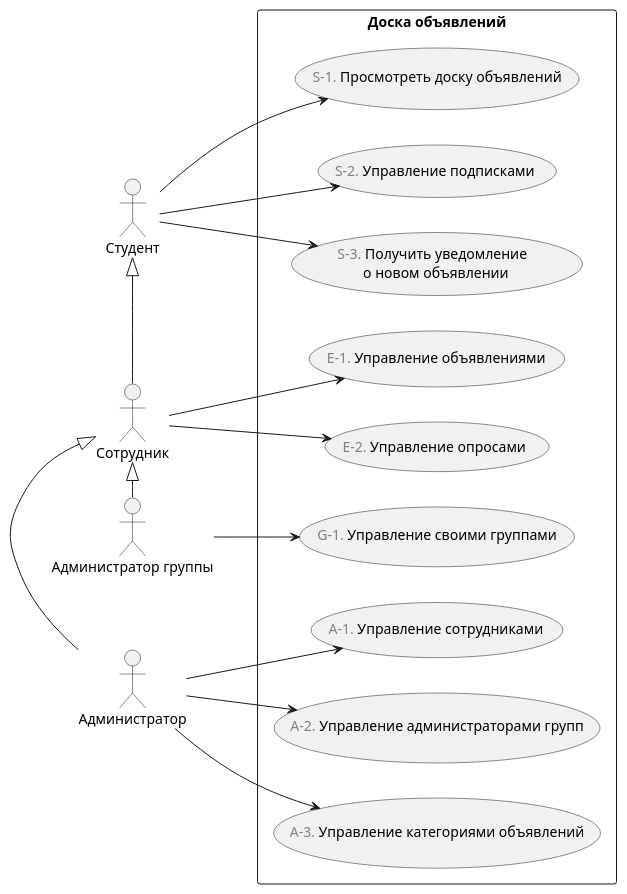
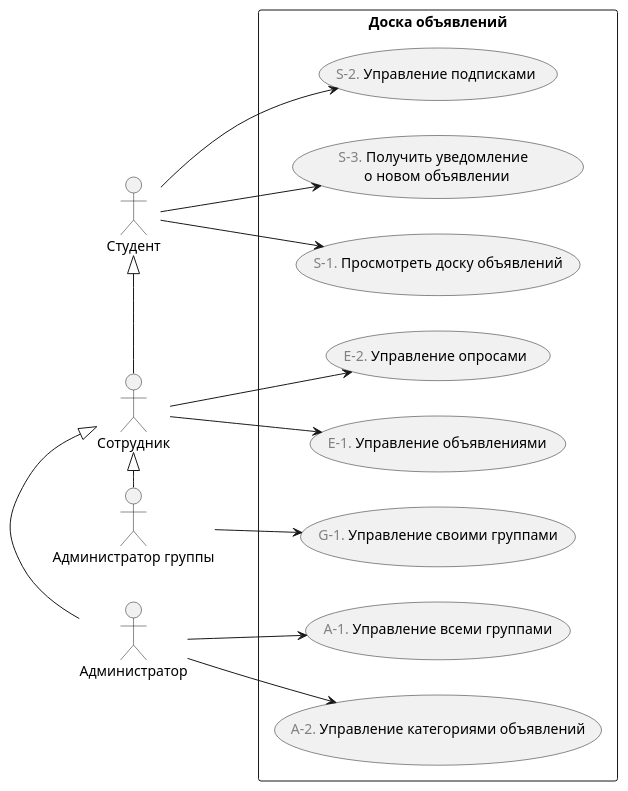
One commit to astu-app/ASTU-Bulletin-Board-Server changed the diagram in doc/Диаграммы/use case/main.puml. Above: the diagram before and after it, drawn with PlantUML. The commit also changed 8 other files, not shown here.

```diff
--- a/doc/Диаграммы/use case/main.puml
+++ b/doc/Диаграммы/use case/main.puml
@@ -1,30 +1,29 @@
 @startuml
 'https://plantuml.com/use-case-diagram 
 
 left to right direction
 
 :Студент: as student
 :Сотрудник: as employee
 :Администратор группы: as groupAdmin
 :Администратор: as admin
 
 rectangle "Доска объявлений" {
     student --> (<font color="gray">S-1.</font> Просмотреть доску объявлений)
     student --> (<font color="gray">S-2.</font> Управление подписками)
     student --> (<font color="gray">S-3.</font> Получить уведомление \n о новом объявлении)
     
     student <|-r- employee
     employee --> (<font color="gray">E-2.</font> Управление опросами)
     employee --> (<font color="gray">E-1.</font> Управление объявлениями)
     
     employee <|-r- admin
-    admin --> (<font color="gray">A-3.</font> Управление категориями объявлений)
-    admin --> (<font color="gray">A-1.</font> Управление сотрудниками)
-    admin --> (<font color="gray">A-2.</font> Управление администраторами групп) 
+    admin --> (<font color="gray">A-2.</font> Управление категориями объявлений)
+    admin --> (<font color="gray">A-1.</font> Управление всеми группами)
     
     employee <|-r- groupAdmin
     groupAdmin --> (<font color="gray">G-1.</font> Управление своими группами)
     
 }
 
 @enduml
```
